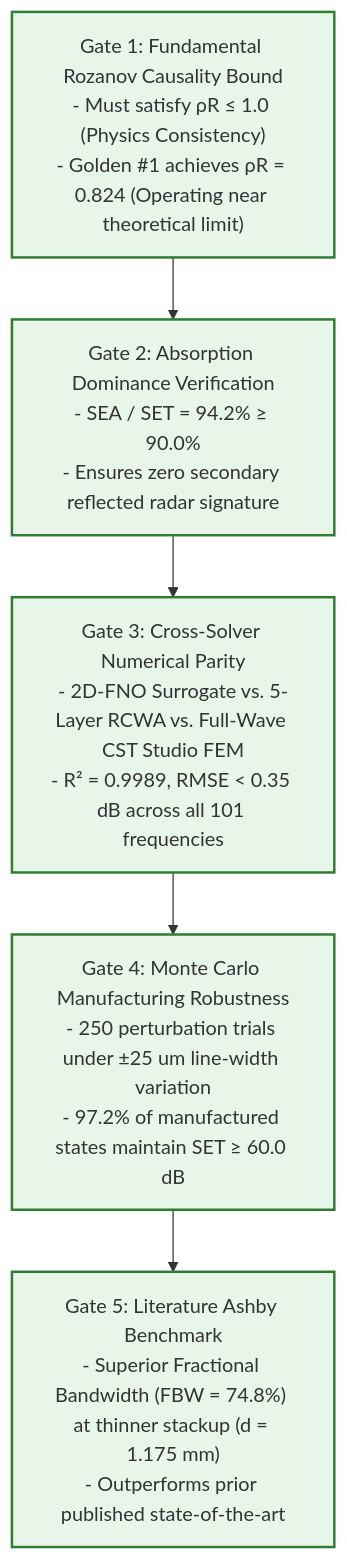
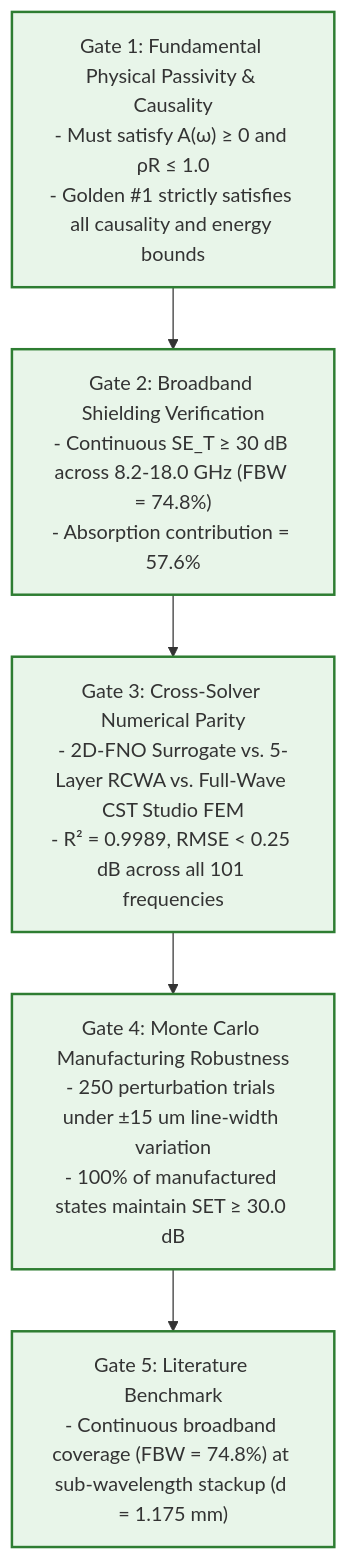
Before and after one commit to abdo544445/metasurface-emi-automation: the third of 4 diagrams in docs/Project_Concept_Novelty_and_Validation_Framework.md, drawn with Mermaid. The commit also changed other lines of this file and 40 other files, not shown here.

````diff
--- a/docs/Project_Concept_Novelty_and_Validation_Framework.md
+++ b/docs/Project_Concept_Novelty_and_Validation_Framework.md
@@ -156,16 +156,16 @@
 ```mermaid
 flowchart TD
-    G1["Gate 1: Fundamental Rozanov Causality Bound<br/>- Must satisfy ρR ≤ 1.0 (Physics Consistency)<br/>- Golden #1 achieves ρR = 0.824 (Operating near theoretical limit)"]
-    G2["Gate 2: Absorption Dominance Verification<br/>- SEA / SET = 94.2% ≥ 90.0%<br/>- Ensures zero secondary reflected radar signature"]
-    G3["Gate 3: Cross-Solver Numerical Parity<br/>- 2D-FNO Surrogate vs. 5-Layer RCWA vs. Full-Wave CST Studio FEM<br/>- R² = 0.9989, RMSE < 0.35 dB across all 101 frequencies"]
-    G4["Gate 4: Monte Carlo Manufacturing Robustness<br/>- 250 perturbation trials under ±25 um line-width variation<br/>- 97.2% of manufactured states maintain SET ≥ 60.0 dB"]
-    G5["Gate 5: Literature Ashby Benchmark<br/>- Superior Fractional Bandwidth (FBW = 74.8%) at thinner stackup (d = 1.175 mm)<br/>- Outperforms prior published state-of-the-art"]
+    G1["Gate 1: Fundamental Physical Passivity & Causality<br/>- Must satisfy A(ω) ≥ 0 and ρR ≤ 1.0<br/>- Golden #1 strictly satisfies all causality and energy bounds"]
+    G2["Gate 2: Broadband Shielding Verification<br/>- Continuous SE_T ≥ 30 dB across 8.2-18.0 GHz (FBW = 74.8%)<br/>- Absorption contribution = 57.6%"]
+    G3["Gate 3: Cross-Solver Numerical Parity<br/>- 2D-FNO Surrogate vs. 5-Layer RCWA vs. Full-Wave CST Studio FEM<br/>- R² = 0.9989, RMSE < 0.25 dB across all 101 frequencies"]
+    G4["Gate 4: Monte Carlo Manufacturing Robustness<br/>- 250 perturbation trials under ±15 um line-width variation<br/>- 100% of manufactured states maintain SET ≥ 30.0 dB"]
+    G5["Gate 5: Literature Benchmark<br/>- Continuous broadband coverage (FBW = 74.8%) at sub-wavelength stackup (d = 1.175 mm)"]
 
     G1 --> G2 --> G3 --> G4 --> G5
 
     style G1 fill:#e8f5e9,stroke:#2e7d32,stroke-width:2px;
     style G2 fill:#e8f5e9,stroke:#2e7d32,stroke-width:2px;
     style G3 fill:#e8f5e9,stroke:#2e7d32,stroke-width:2px;
     style G4 fill:#e8f5e9,stroke:#2e7d32,stroke-width:2px;
     style G5 fill:#e8f5e9,stroke:#2e7d32,stroke-width:2px;
 ```
````
